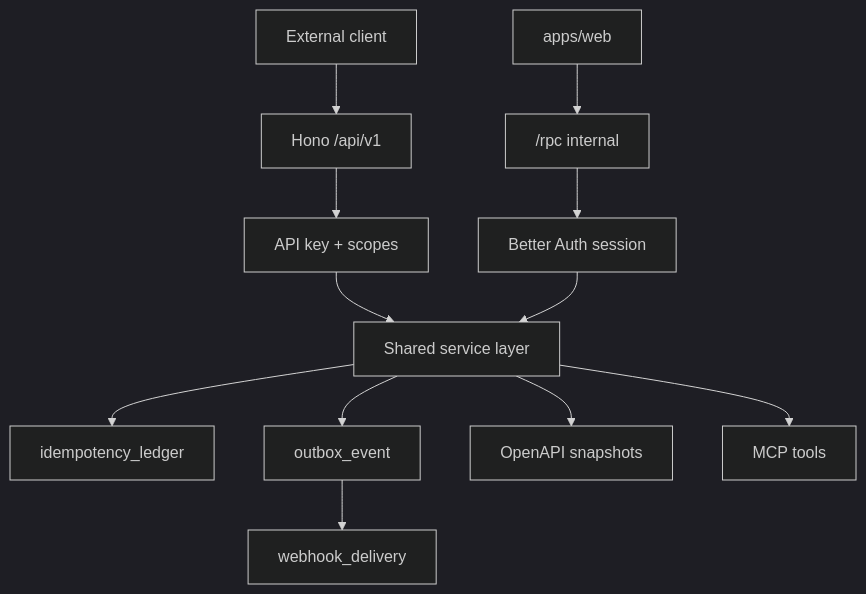
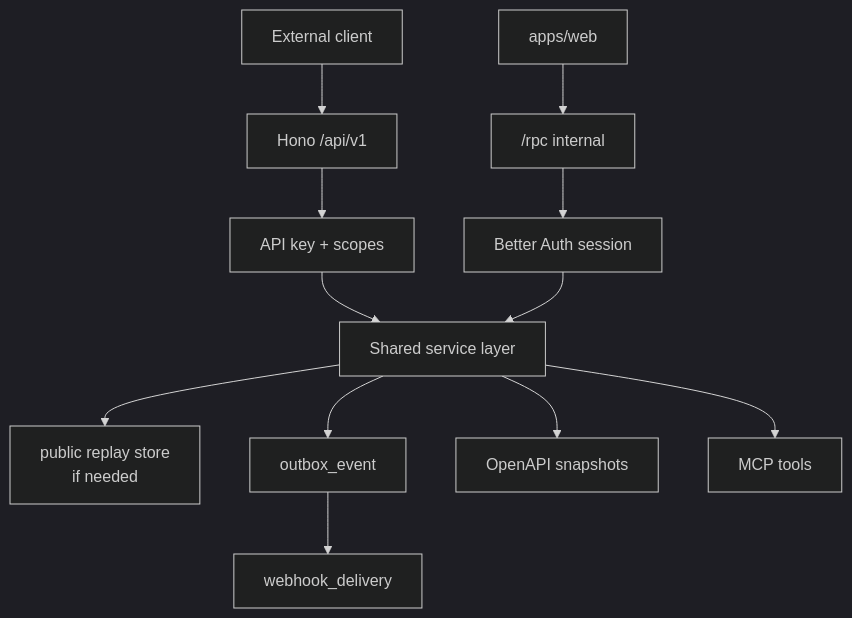
One commit to isherbuilds/edernal-books changed the first of 2 diagrams in docs/superpowers/plans/2026-06-16-phase-06-platform-api-integrations-detailed-plan.md. Above: the diagram before and after it, drawn with Mermaid (dark theme). The commit also changed other lines of this file and 35 other files, not shown here.

````diff
--- a/docs/superpowers/plans/2026-06-16-phase-06-platform-api-integrations-detailed-plan.md
+++ b/docs/superpowers/plans/2026-06-16-phase-06-platform-api-integrations-detailed-plan.md
@@ -15,14 +15,14 @@
 ```mermaid
 flowchart TD
   External["External client"] --> Public["Hono /api/v1"]
   Web["apps/web"] --> RPC["/rpc internal"]
   Public --> Auth["API key + scopes"]
   RPC --> Session["Better Auth session"]
   Auth --> Services["Shared service layer"]
   Session --> Services
-  Services --> Idem["idempotency_ledger"]
+  Services --> Idem["public replay store<br/>if needed"]
   Services --> Outbox["outbox_event"]
   Outbox --> Webhooks["webhook_delivery"]
   Services --> OpenAPI["OpenAPI snapshots"]
   Services --> MCP["MCP tools"]
 ```
````
